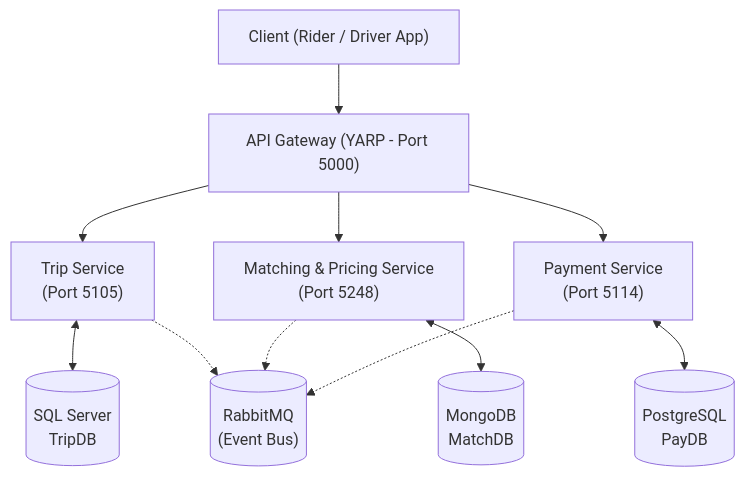
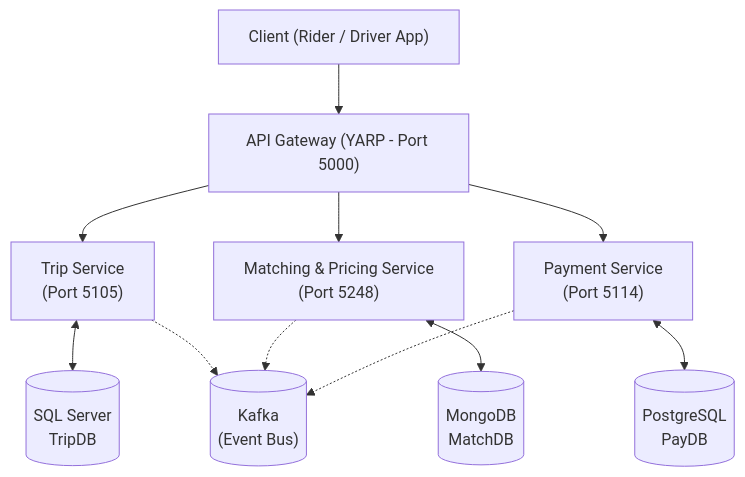
One commit to phwkha/SwiftRide changed the diagram in README.md. Above: the diagram before and after it, drawn with Mermaid. The commit also changed other lines of this file and 36 other files, not shown here.

````diff
--- a/README.md
+++ b/README.md
@@ -17,28 +17,28 @@
 ```mermaid
 flowchart TD
     Client["Client (Rider / Driver App)"]
     Gateway["API Gateway (YARP - Port 5000)"]
 
-    Broker[("RabbitMQ\n(Event Bus)")]
+    Broker[("Kafka\n(Event Bus)")]
 
     TripSvc["Trip Service\n(Port 5105)"]
     MatchSvc["Matching & Pricing Service\n(Port 5248)"]
     PaySvc["Payment Service\n(Port 5114)"]
 
     DB_Trip[("SQL Server\nTripDB")]
     DB_Match[("MongoDB\nMatchDB")]
     DB_Pay[("PostgreSQL\nPayDB")]
 
     Client --> Gateway
     Gateway --> TripSvc
     Gateway --> MatchSvc
     Gateway --> PaySvc
 
     TripSvc <--> DB_Trip
     MatchSvc <--> DB_Match
     PaySvc <--> DB_Pay
 
     TripSvc -.-> Broker
     MatchSvc -.-> Broker
     PaySvc -.-> Broker
 ```
````
